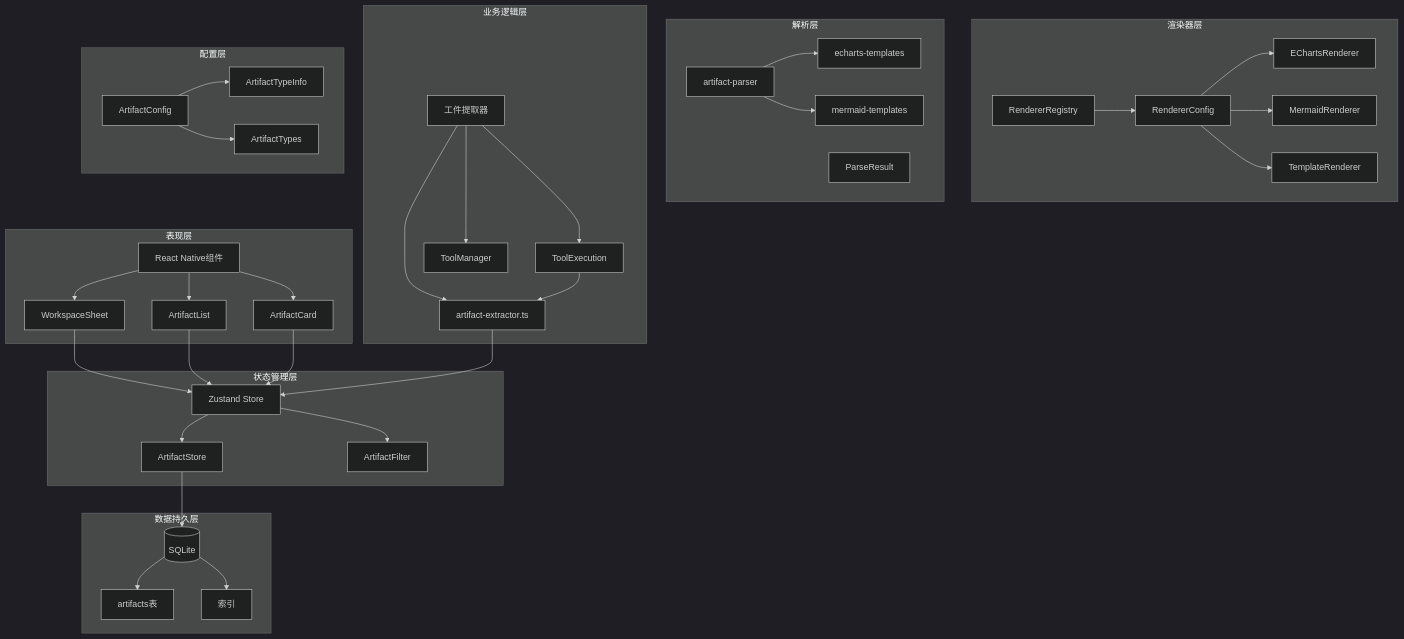
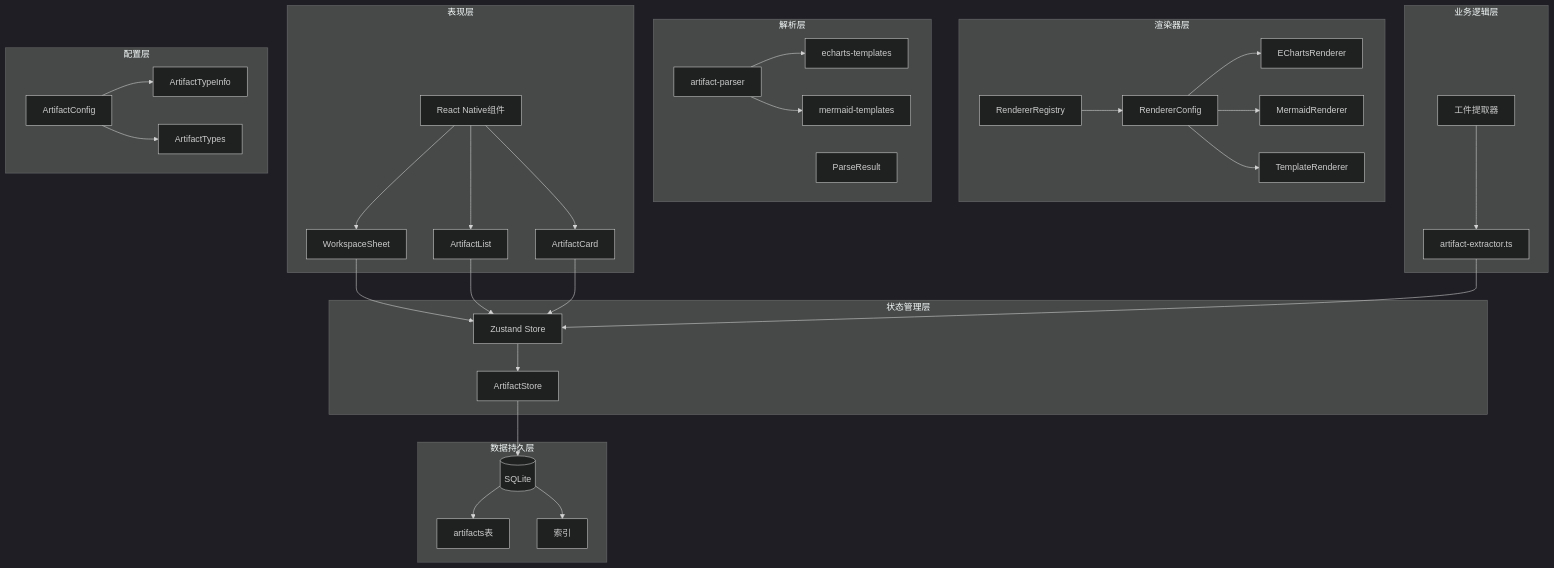
One commit to NarcisWL/Nexara changed the fifth of 14 diagrams in .qoder/repowiki/zh/content/开发指南/知识管理系统/工件系统实现.md. Above: the diagram before and after it, drawn with Mermaid (dark theme). The commit also changed other lines of this file and 10 other files, not shown here.

````diff
--- a/.qoder/repowiki/zh/content/开发指南/知识管理系统/工件系统实现.md
+++ b/.qoder/repowiki/zh/content/开发指南/知识管理系统/工件系统实现.md
@@ -247,55 +224,51 @@
 ```mermaid
 graph TB
 subgraph "表现层"
 UI[React Native组件]
 UI --> WS[WorkspaceSheet]
 UI --> AL[ArtifactList]
 UI --> AC[ArtifactCard]
 end
 subgraph "渲染器层"
 RR[RendererRegistry]
 RC[RendererConfig]
 ER[EChartsRenderer]
 MR[MermaidRenderer]
 TR[TemplateRenderer]
 end
 subgraph "解析层"
 AP[artifact-parser]
 PR[ParseResult]
 ET[echarts-templates]
 MT[mermaid-templates]
 end
 subgraph "业务逻辑层"
 BL[工件提取器]
 BL --> AE[artifact-extractor.ts]
-BL --> TS[ToolExecution]
-BL --> TM[ToolManager]
 end
 subgraph "状态管理层"
 ZS[Zustand Store]
 ZS --> AS[ArtifactStore]
-ZS --> AF[ArtifactFilter]
 end
 subgraph "数据持久层"
 DB[(SQLite)]
 DB --> ART[artifacts表]
 DB --> IDX[索引]
 end
 subgraph "配置层"
 CFG[ArtifactConfig]
 CFG --> ATC[ArtifactTypeInfo]
 CFG --> AT[ArtifactTypes]
 end
 WS --> ZS
 AL --> ZS
 AC --> ZS
 AE --> ZS
-TS --> AE
 AS --> DB
 RR --> RC
 RC --> ER
 RC --> MR
 RC --> TR
 AP --> ET
 AP --> MT
 ```
````
